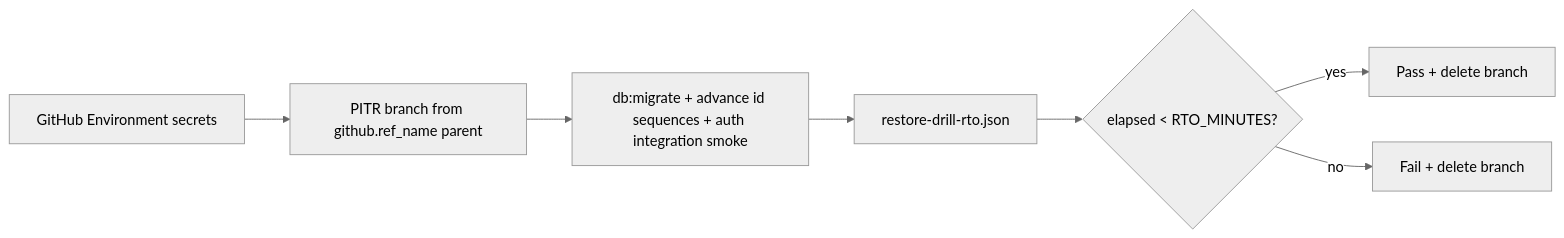
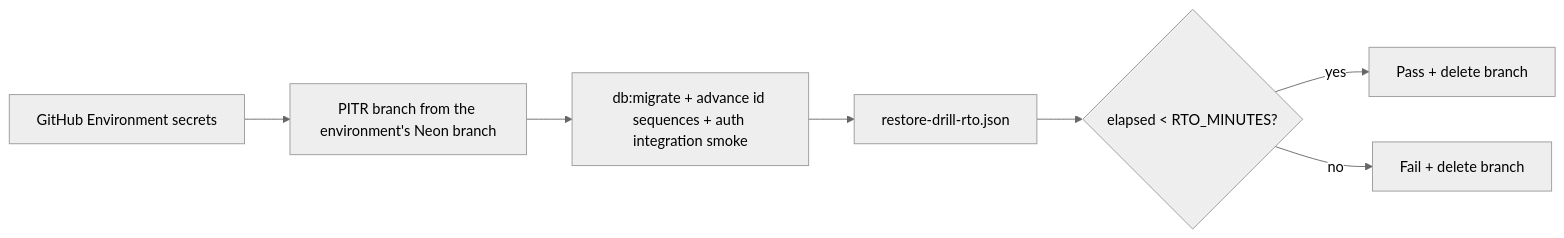
Before and after one commit to albetrios/clinozy-be: the diagram in docs/process/backup-drills.md, drawn with Mermaid (neutral theme). The commit also changed other lines of this file and 8 other files, not shown here.

First line of the commit message:
fix: restore drills branch from the environment's Neon branch, not the git ref

````diff
--- a/docs/process/backup-drills.md
+++ b/docs/process/backup-drills.md
@@ -21,9 +21,9 @@
 ```mermaid
 flowchart LR
-  A[GitHub Environment secrets] --> B["PITR branch from github.ref_name parent"]
+  A[GitHub Environment secrets] --> B["PITR branch from the environment's Neon branch"]
   B --> C[db:migrate + advance id sequences + auth integration smoke]
   C --> D[restore-drill-rto.json]
   D --> E{elapsed < RTO_MINUTES?}
   E -->|yes| F[Pass + delete branch]
   E -->|no| G[Fail + delete branch]
 ```
````
